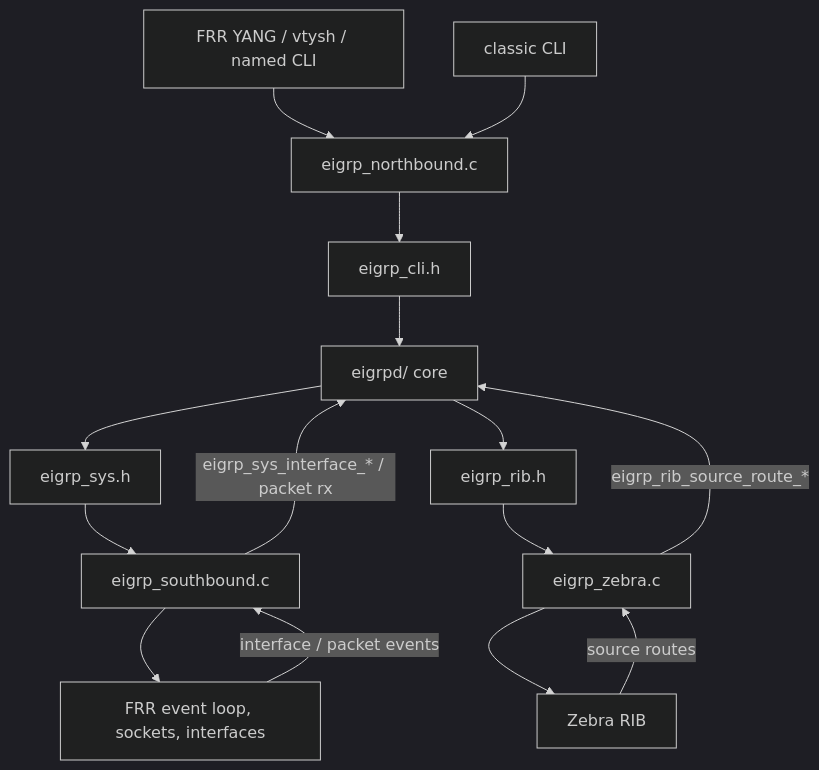
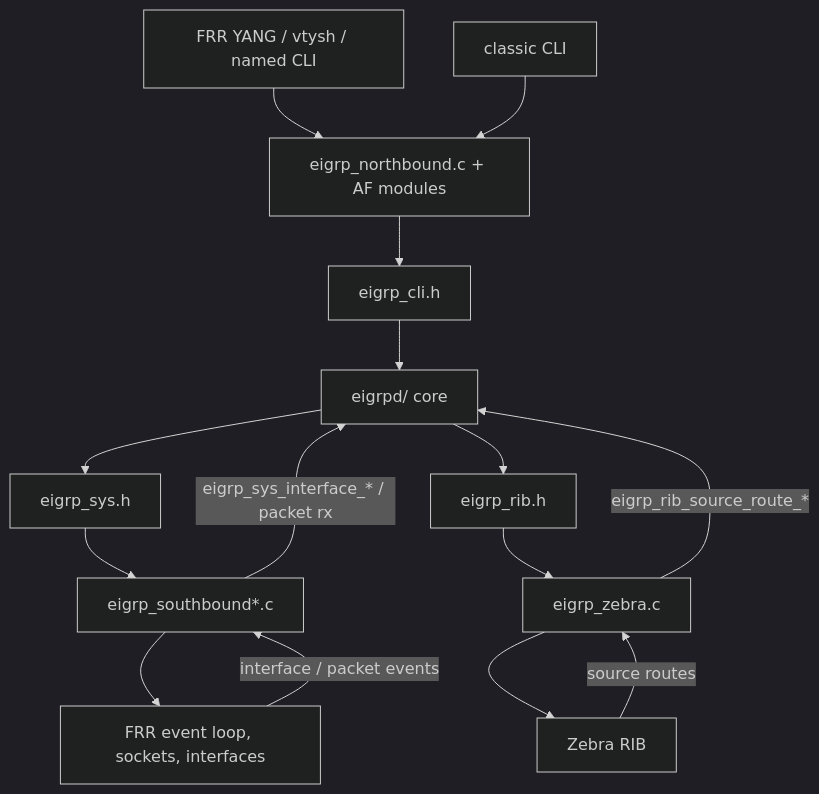
The first of 2 diagrams in frr/README.md (diivious/eigrp), drawn with Mermaid (dark theme) before and after one commit. The commit also changed other lines of this file and 267 other files, not shown here.

````diff
--- a/frr/README.md
+++ b/frr/README.md
@@ -52,29 +52,29 @@
 ```mermaid
 flowchart TB
   yang["FRR YANG / vtysh / named CLI"]
   classic["classic CLI"]
-  nb["eigrp_northbound.c"]
+  nb["eigrp_northbound.c + AF modules"]
   cli["eigrp_cli.h"]
   core["eigrpd/ core"]
   sys["eigrp_sys.h"]
   rib["eigrp_rib.h"]
-  sb["eigrp_southbound.c"]
+  sb["eigrp_southbound*.c"]
   zebra["eigrp_zebra.c"]
   frrsys["FRR event loop, sockets, interfaces"]
   frrrib["Zebra RIB"]
 
   yang --> nb
   classic --> nb
   nb --> cli
   cli --> core
   core --> sys
   core --> rib
   sys --> sb
   rib --> zebra
   sb --> frrsys
   zebra --> frrrib
   frrrib -->|"source routes"| zebra
   zebra -->|"eigrp_rib_source_route_*"| core
   frrsys -->|"interface / packet events"| sb
   sb -->|"eigrp_sys_interface_* / packet rx"| core
 ```
````
